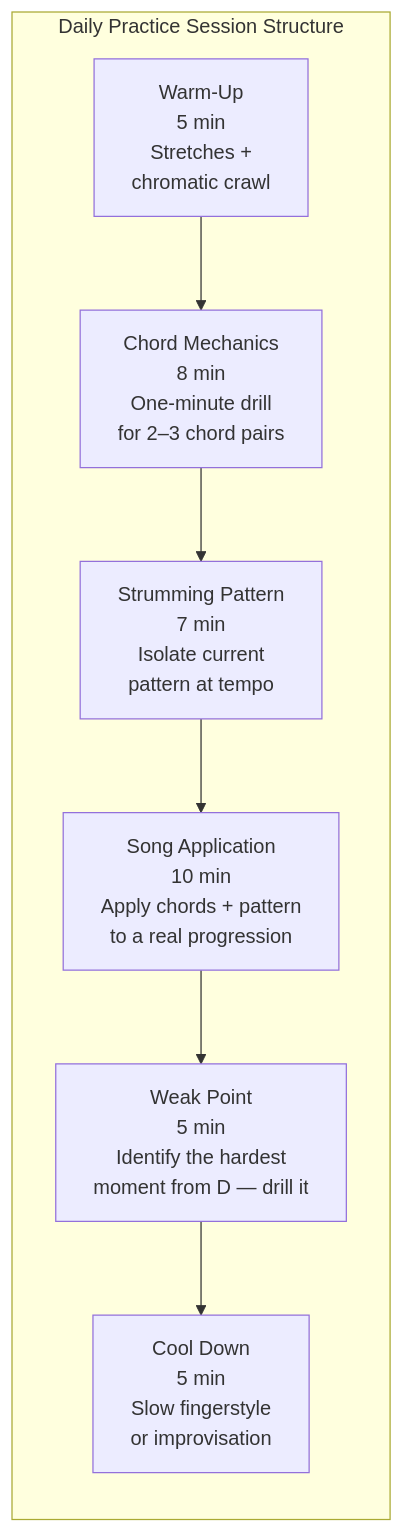
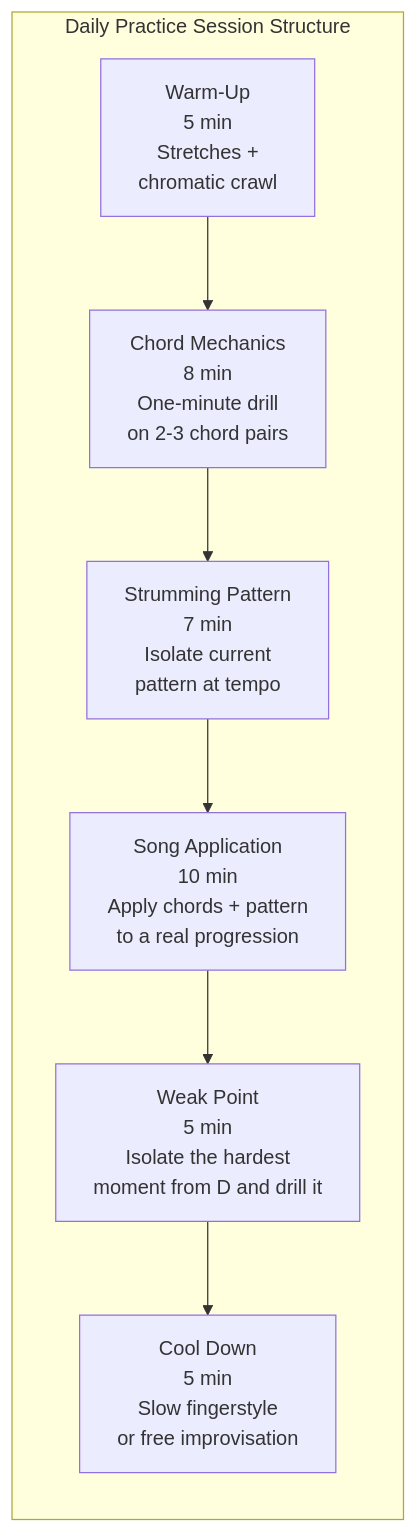
The fifth of 6 diagrams in topics/arts/music_performance/acoustic_guitar/lesson_02_chords_and_strumming.md (blebleblee/synapse), drawn with Mermaid before and after one commit. The commit also changed other lines of this file and 4 other files, not shown here.

````diff
--- a/topics/arts/music_performance/acoustic_guitar/lesson_02_chords_and_strumming.md
+++ b/topics/arts/music_performance/acoustic_guitar/lesson_02_chords_and_strumming.md
@@ -664,10 +577,10 @@
 ```mermaid
 flowchart LR
     subgraph sub_practice ["Daily Practice Session Structure"]
-        A["Warm-Up\n5 min\nStretches +\nchromatic crawl"] --> B["Chord Mechanics\n8 min\nOne-minute drill\nfor 2–3 chord pairs"]
-        B --> C["Strumming Pattern\n7 min\nIsolate current\npattern at tempo"]
-        C --> D["Song Application\n10 min\nApply chords + pattern\nto a real progression"]
-        D --> E["Weak Point\n5 min\nIdentify the hardest\nmoment from D — drill it"]
-        E --> F["Cool Down\n5 min\nSlow fingerstyle\nor improvisation"]
+        A["Warm-Up<br/>5 min<br/>Stretches +<br/>chromatic crawl"] --> B["Chord Mechanics<br/>8 min<br/>One-minute drill<br/>on 2-3 chord pairs"]
+        B --> C["Strumming Pattern<br/>7 min<br/>Isolate current<br/>pattern at tempo"]
+        C --> D["Song Application<br/>10 min<br/>Apply chords + pattern<br/>to a real progression"]
+        D --> E["Weak Point<br/>5 min<br/>Isolate the hardest<br/>moment from D and drill it"]
+        E --> F["Cool Down<br/>5 min<br/>Slow fingerstyle<br/>or free improvisation"]
     end
 ```
````
